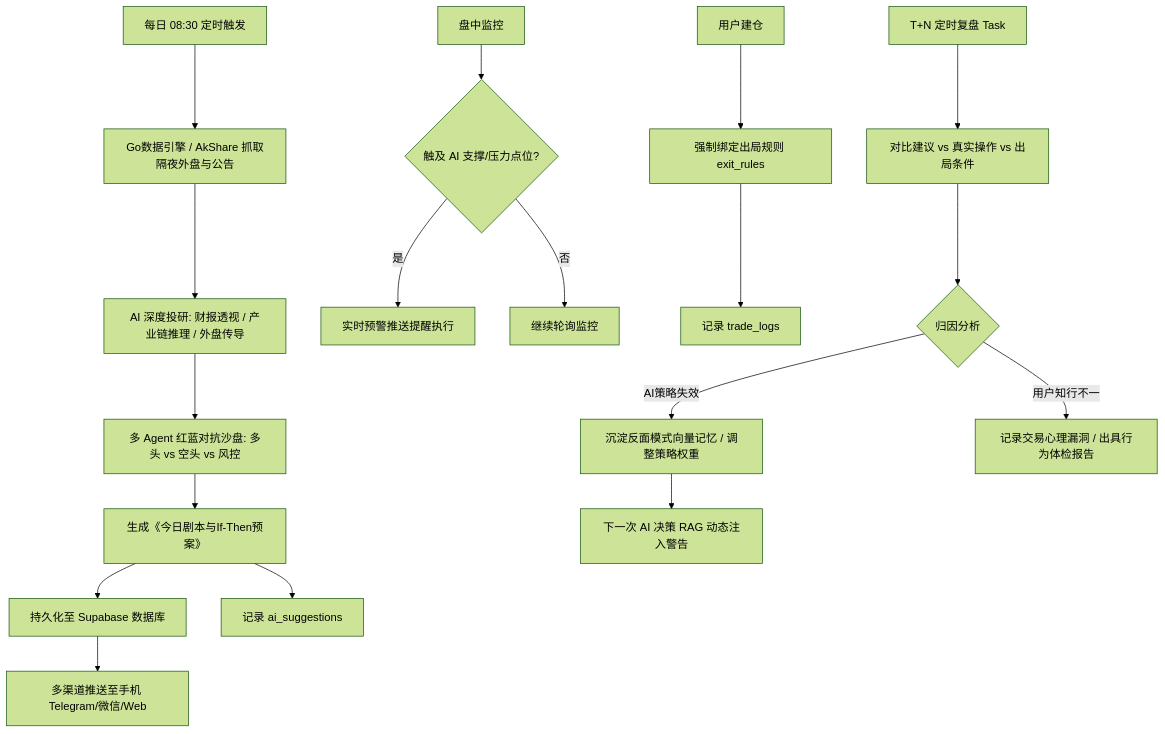
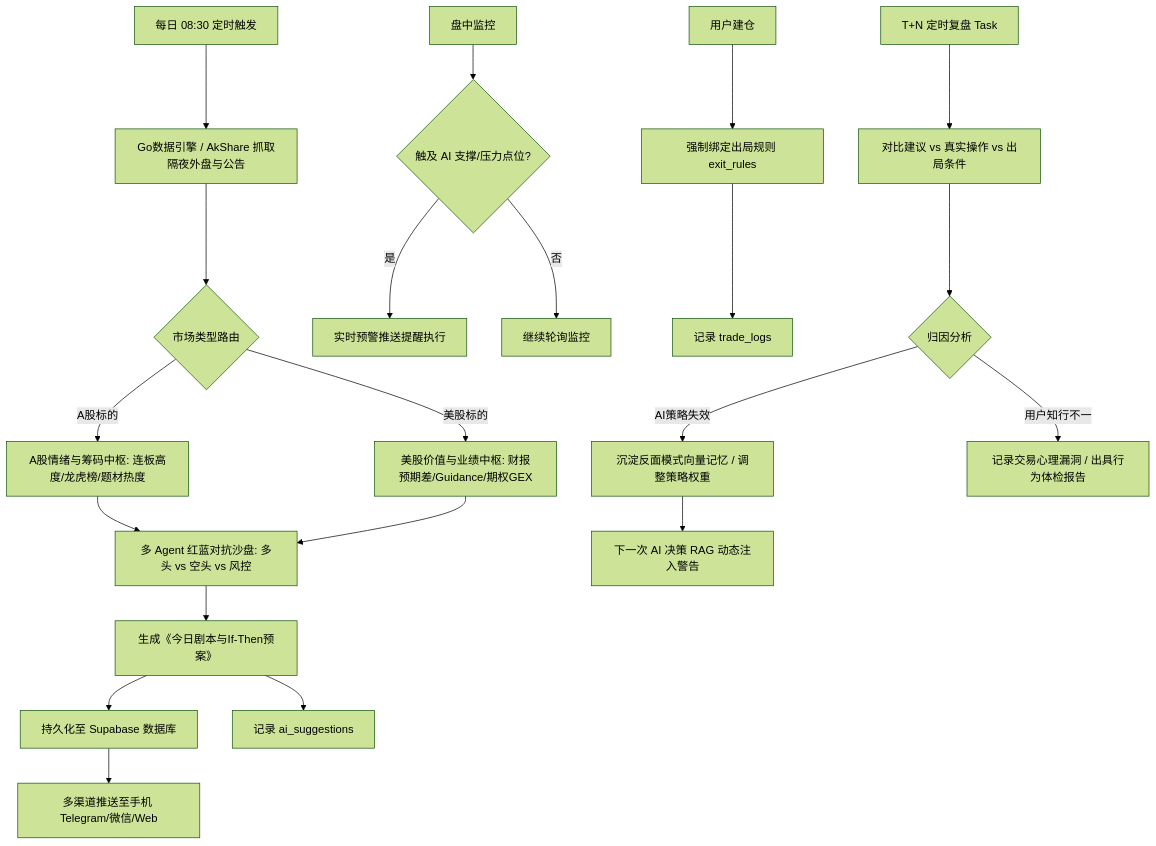
The first of 6 diagrams in docs/01.WealthSail投研平台需求文档.md (sinojelly/wealthsail), drawn with Mermaid (forest theme) before and after one commit. The commit also changed other lines of this file, not shown here.

````diff
--- a/docs/01.WealthSail投研平台需求文档.md
+++ b/docs/01.WealthSail投研平台需求文档.md
@@ -40,23 +45,29 @@
 ```mermaid
 flowchart TD
     A[每日 08:30 定时触发] --> B[Go数据引擎 / AkShare 抓取隔夜外盘与公告]
-    B --> C[AI 深度投研: 财报透视 / 产业链推理 / 外盘传导]
-    C --> D[多 Agent 红蓝对抗沙盘: 多头 vs 空头 vs 风控]
-    D --> E[生成《今日剧本与If-Then预案》]
-    E --> F[持久化至 Supabase 数据库]
-    F --> G[多渠道推送至手机 Telegram/微信/Web]
+    B --> C{市场类型路由}
     
-    H[盘中监控] --> I{触及 AI 支撑/压力点位?}
-    I -- 是 --> J[实时预警推送提醒执行]
-    I -- 否 --> K[继续轮询监控]
+    C -- A股标的 --> D1[A股情绪与筹码中枢: 连板高度/龙虎榜/题材热度]
+    C -- 美股标的 --> D2[美股价值与业绩中枢: 财报预期差/Guidance/期权GEX]
     
-    L[用户建仓] --> M[强制绑定出局规则 exit_rules]
-    M --> N[记录 trade_logs]
-    E --> O[记录 ai_suggestions]
+    D1 --> E[多 Agent 红蓝对抗沙盘: 多头 vs 空头 vs 风控]
+    D2 --> E
     
-    P[T+N 定时复盘 Task] --> Q[对比建议 vs 真实操作 vs 出局条件]
-    Q --> R{归因分析}
-    R -- AI策略失效 --> S[沉淀反面模式向量记忆 / 调整策略权重]
-    R -- 用户知行不一 --> T[记录交易心理漏洞 / 出具行为体检报告]
-    S --> U[下一次 AI 决策 RAG 动态注入警告]
+    E --> F[生成《今日剧本与If-Then预案》]
+    F --> G[持久化至 Supabase 数据库]
+    G --> H[多渠道推送至手机 Telegram/微信/Web]
+    
+    I[盘中监控] --> J{触及 AI 支撑/压力点位?}
+    J -- 是 --> K[实时预警推送提醒执行]
+    J -- 否 --> L[继续轮询监控]
+    
+    M[用户建仓] --> N[强制绑定出局规则 exit_rules]
+    N --> O[记录 trade_logs]
+    F --> P[记录 ai_suggestions]
+    
+    Q[T+N 定时复盘 Task] --> R[对比建议 vs 真实操作 vs 出局条件]
+    R --> S{归因分析}
+    S -- AI策略失效 --> T[沉淀反面模式向量记忆 / 调整策略权重]
+    S -- 用户知行不一 --> U[记录交易心理漏洞 / 出具行为体检报告]
+    T --> V[下一次 AI 决策 RAG 动态注入警告]
 ```
````
